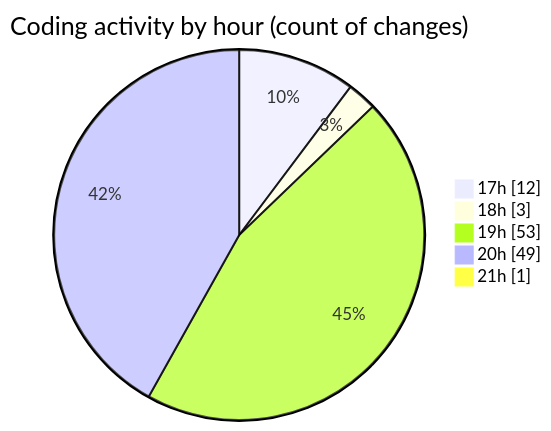
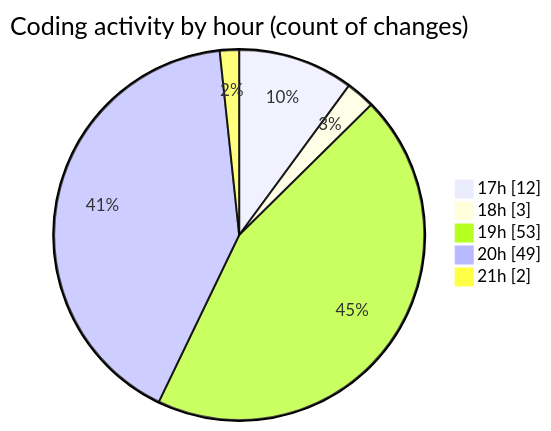
The second of 2 diagrams in 2025-06-19/scopecraft/README.md (Ritupan-Deka/code-tracking), drawn with Mermaid before and after one commit. The commit also changed other lines of this file and 1 other file, not shown here.

````diff
--- a/2025-06-19/scopecraft/README.md
+++ b/2025-06-19/scopecraft/README.md
@@ -47,9 +49,9 @@
 ```mermaid
 pie showData
 title Coding activity by hour (count of changes)
 "17h" : 12
 "18h" : 3
 "19h" : 53
 "20h" : 49
-"21h" : 1
+"21h" : 2
 ```
````
